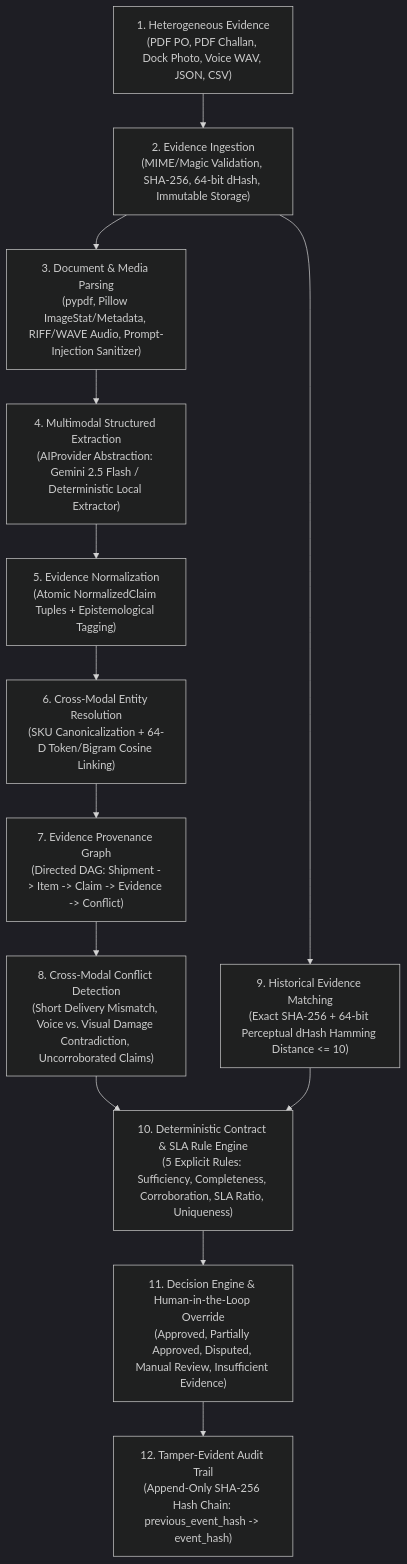
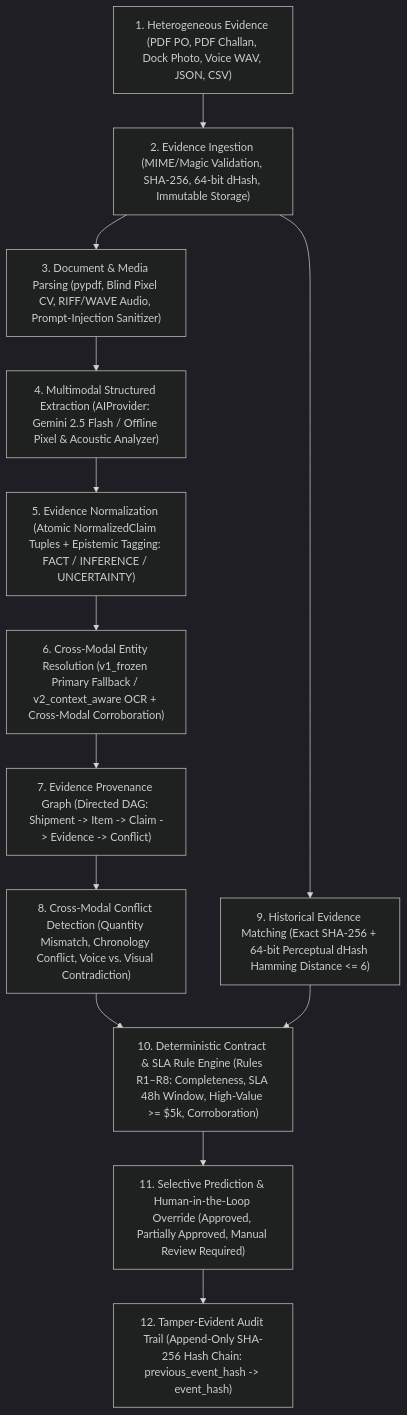
The second of 2 diagrams in docs/architecture.md (deswanth12/EvidenceOS), drawn with Mermaid (dark theme) before and after one commit. The commit also changed other lines of this file and 2 other files, not shown here.

Commit message:
docs(release): polish README with Mermaid architecture diagram, epistemic boundary framing, and v1.1.0 release & showcase kit

````diff
--- a/docs/architecture.md
+++ b/docs/architecture.md
@@ -12,15 +37,15 @@
 ```mermaid
 flowchart TD
-    E["1. Heterogeneous Evidence<br/>(PDF PO, PDF Challan, Dock Photo, Voice WAV, JSON, CSV)"] --> ING["2. Evidence Ingestion<br/>(MIME/Magic Validation, SHA-256, 64-bit dHash, Immutable Storage)"]
-    ING --> PAR["3. Document & Media Parsing<br/>(pypdf, Pillow ImageStat/Metadata, RIFF/WAVE Audio, Prompt-Injection Sanitizer)"]
-    PAR --> EXT["4. Multimodal Structured Extraction<br/>(AIProvider Abstraction: Gemini 2.5 Flash / Deterministic Local Extractor)"]
-    EXT --> NRM["5. Evidence Normalization<br/>(Atomic NormalizedClaim Tuples + Epistemological Tagging)"]
-    NRM --> ENT["6. Cross-Modal Entity Resolution<br/>(SKU Canonicalization + 64-D Token/Bigram Cosine Linking)"]
-    ENT --> GRF["7. Evidence Provenance Graph<br/>(Directed DAG: Shipment -> Item -> Claim -> Evidence -> Conflict)"]
-    GRF --> CNF["8. Cross-Modal Conflict Detection<br/>(Short Delivery Mismatch, Voice vs. Visual Damage Contradiction, Uncorroborated Claims)"]
-    ING --> HST["9. Historical Evidence Matching<br/>(Exact SHA-256 + 64-bit Perceptual dHash Hamming Distance <= 10)"]
-    CNF --> RUL["10. Deterministic Contract & SLA Rule Engine<br/>(5 Explicit Rules: Sufficiency, Completeness, Corroboration, SLA Ratio, Uniqueness)"]
+    E["1. Heterogeneous Evidence (PDF PO, PDF Challan, Dock Photo, Voice WAV, JSON, CSV)"] --> ING["2. Evidence Ingestion (MIME/Magic Validation, SHA-256, 64-bit dHash, Immutable Storage)"]
+    ING --> PAR["3. Document & Media Parsing (pypdf, Blind Pixel CV, RIFF/WAVE Audio, Prompt-Injection Sanitizer)"]
+    PAR --> EXT["4. Multimodal Structured Extraction (AIProvider: Gemini 2.5 Flash / Offline Pixel & Acoustic Analyzer)"]
+    EXT --> NRM["5. Evidence Normalization (Atomic NormalizedClaim Tuples + Epistemic Tagging: FACT / INFERENCE / UNCERTAINTY)"]
+    NRM --> ENT["6. Cross-Modal Entity Resolution (v1_frozen Primary Fallback / v2_context_aware OCR + Cross-Modal Corroboration)"]
+    ENT --> GRF["7. Evidence Provenance Graph (Directed DAG: Shipment -> Item -> Claim -> Evidence -> Conflict)"]
+    GRF --> CNF["8. Cross-Modal Conflict Detection (Quantity Mismatch, Chronology Conflict, Voice vs. Visual Contradiction)"]
+    ING --> HST["9. Historical Evidence Matching (Exact SHA-256 + 64-bit Perceptual dHash Hamming Distance <= 6)"]
+    CNF --> RUL["10. Deterministic Contract & SLA Rule Engine (Rules R1–R8: Completeness, SLA 48h Window, High-Value >= $5k, Corroboration)"]
     HST --> RUL
-    RUL --> DEC["11. Decision Engine & Human-in-the-Loop Override<br/>(Approved, Partially Approved, Disputed, Manual Review, Insufficient Evidence)"]
-    DEC --> AUD["12. Tamper-Evident Audit Trail<br/>(Append-Only SHA-256 Hash Chain: previous_event_hash -> event_hash)"]
+    RUL --> DEC["11. Selective Prediction & Human-in-the-Loop Override (Approved, Partially Approved, Manual Review Required)"]
+    DEC --> AUD["12. Tamper-Evident Audit Trail (Append-Only SHA-256 Hash Chain: previous_event_hash -> event_hash)"]
 ```
````
